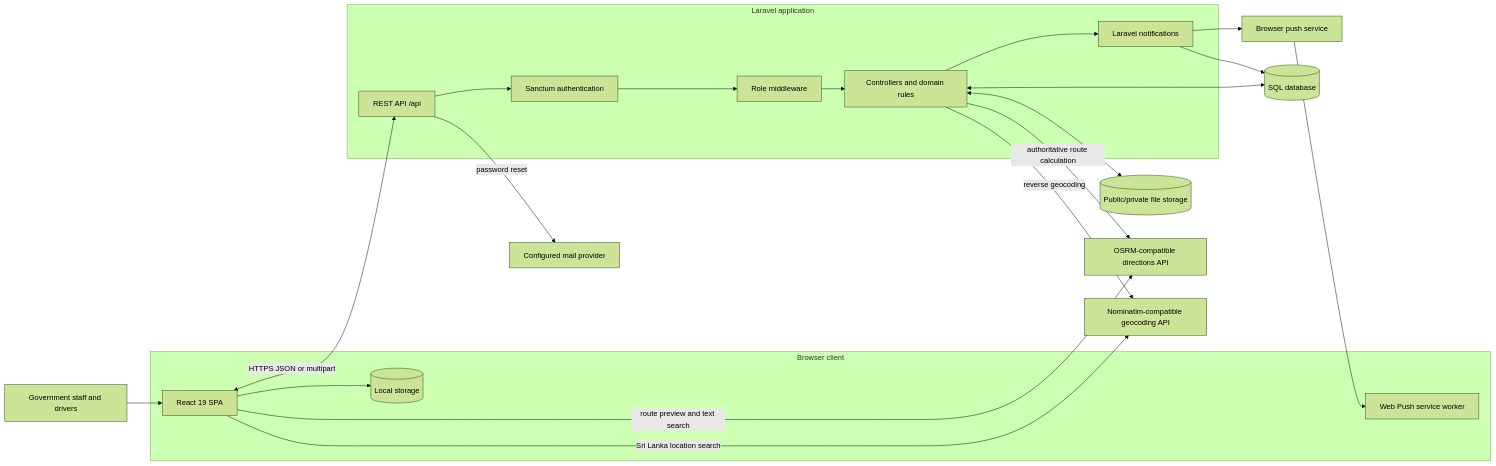
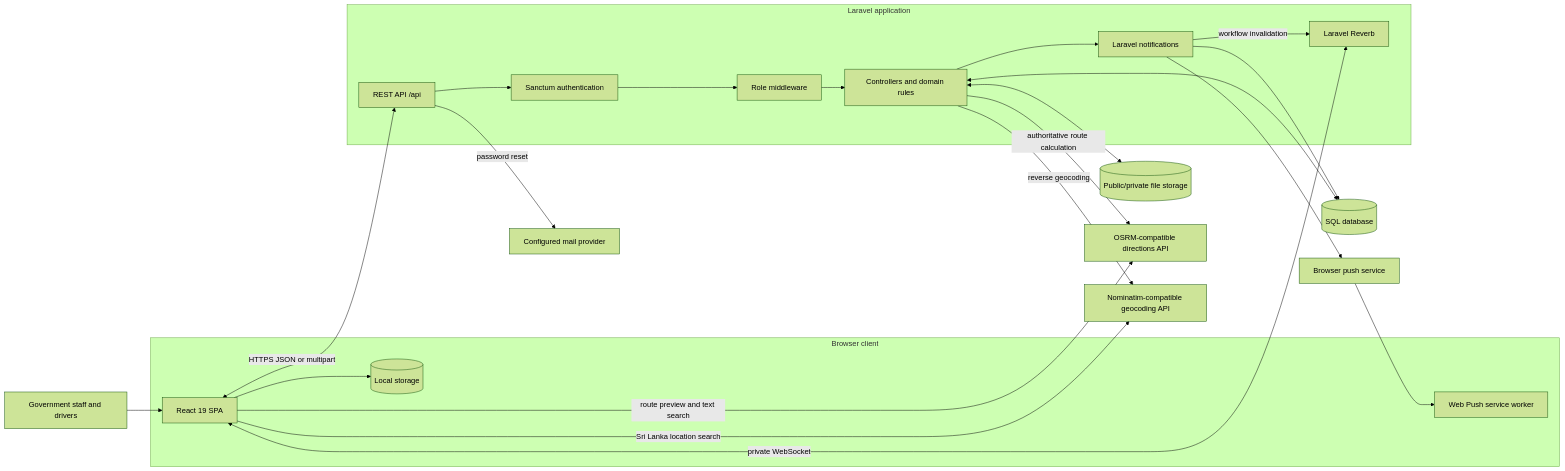
One commit to Chief-Ministry-Southern-Province/vehicle-management-system changed the first of 11 diagrams in SYSTEM_ARCHITECTURE.md. Above: the diagram before and after it, drawn with Mermaid (forest theme). The commit also changed other lines of this file and 25 other files, not shown here.

First line of the commit message:
feat: integrate Reverb for real-time workflow updates

````diff
--- a/SYSTEM_ARCHITECTURE.md
+++ b/SYSTEM_ARCHITECTURE.md
@@ -28,40 +28,43 @@
 ```mermaid
 flowchart LR
     U[Government staff and drivers]
 
     subgraph Client[Browser client]
         SPA[React 19 SPA]
         SW[Web Push service worker]
         LS[(Local storage)]
     end
 
     subgraph Server[Laravel application]
         API[REST API /api]
         AUTH[Sanctum authentication]
         RBAC[Role middleware]
         DOMAIN[Controllers and domain rules]
         NOTIFY[Laravel notifications]
+        REVERB[Laravel Reverb]
     end
 
     DB[(SQL database)]
     FILES[(Public/private file storage)]
     OSRM[OSRM-compatible directions API]
     NOM[Nominatim-compatible geocoding API]
     PUSH[Browser push service]
     MAIL[Configured mail provider]
 
     U --> SPA
     SPA <-->|HTTPS JSON or multipart| API
+    SPA <-->|private WebSocket| REVERB
     SPA --> LS
     SPA -->|route preview and text search| OSRM
     SPA -->|Sri Lanka location search| NOM
     API --> AUTH --> RBAC --> DOMAIN
     DOMAIN <--> DB
     DOMAIN <--> FILES
     DOMAIN -->|authoritative route calculation| OSRM
     DOMAIN -->|reverse geocoding| NOM
     DOMAIN --> NOTIFY
     NOTIFY --> DB
+    NOTIFY -->|workflow invalidation| REVERB
     NOTIFY --> PUSH --> SW
     API -->|password reset| MAIL
 ```
````
